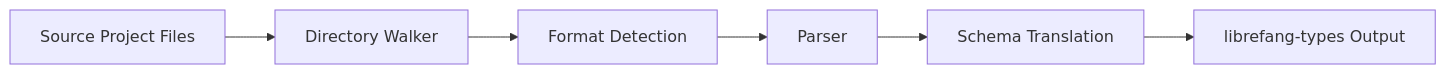
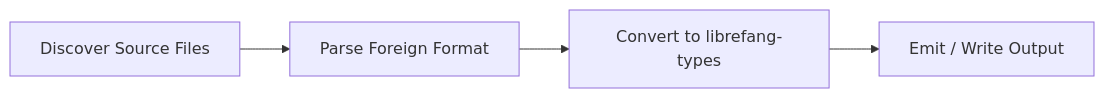
Before and after one commit to leszek3737/librefang-WIki: the diagram in other-librefang-migrate.md, drawn with Mermaid. The commit also changed other lines of this file and 98 other files, not shown here.

````diff
--- a/other-librefang-migrate.md
+++ b/other-librefang-migrate.md
@@ -33,8 +37,6 @@
 ```mermaid
 flowchart LR
-    A[Source Project Files] --> B[Directory Walker]
-    B --> C[Format Detection]
-    C --> D[Parser]
-    D --> E[Schema Translation]
-    E --> F[librefang-types Output]
+    A[Discover Source Files] --> B[Parse Foreign Format]
+    B --> C[Convert to librefang-types]
+    C --> D[Emit / Write Output]
 ```
````
